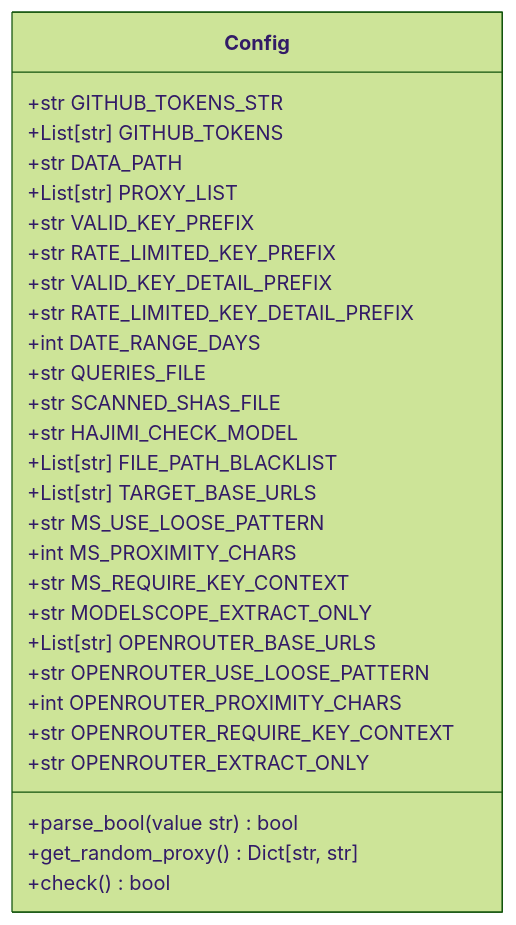
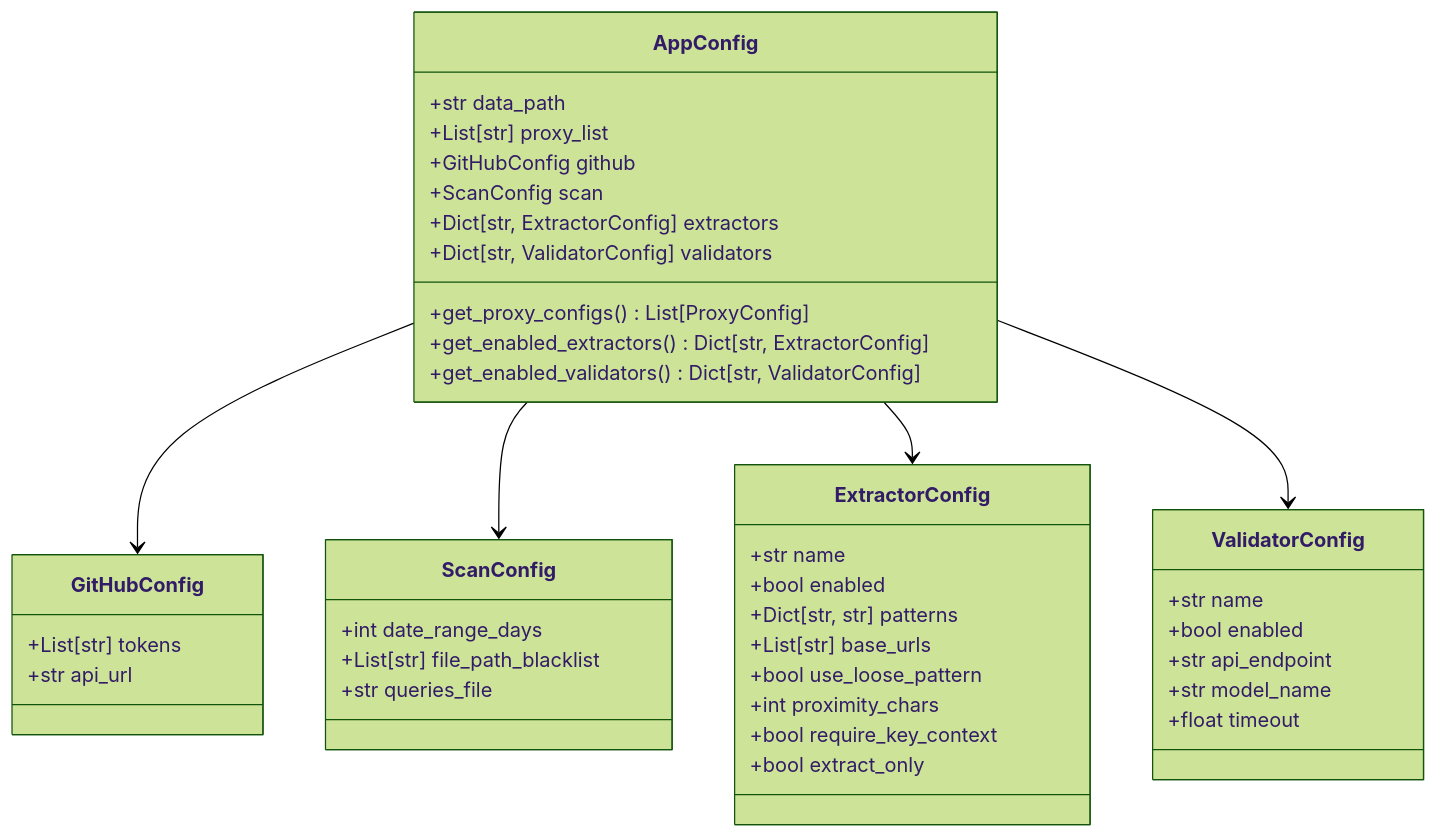
One commit to james-6-23/APIKEY-king changed the sixth of 12 diagrams in .qoder/repowiki/zh/content/开发者指南/开发者指南.md. Above: the diagram before and after it, drawn with Mermaid (forest theme). The commit also changed other lines of this file and 49 other files, not shown here.

````diff
--- a/.qoder/repowiki/zh/content/开发者指南/开发者指南.md
+++ b/.qoder/repowiki/zh/content/开发者指南/开发者指南.md
@@ -212,31 +265,44 @@
 ```mermaid
 classDiagram
-class Config {
-+str GITHUB_TOKENS_STR
-+List[str] GITHUB_TOKENS
-+str DATA_PATH
-+List[str] PROXY_LIST
-+str VALID_KEY_PREFIX
-+str RATE_LIMITED_KEY_PREFIX
-+str VALID_KEY_DETAIL_PREFIX
-+str RATE_LIMITED_KEY_DETAIL_PREFIX
-+int DATE_RANGE_DAYS
-+str QUERIES_FILE
-+str SCANNED_SHAS_FILE
-+str HAJIMI_CHECK_MODEL
-+List[str] FILE_PATH_BLACKLIST
-+List[str] TARGET_BASE_URLS
-+str MS_USE_LOOSE_PATTERN
-+int MS_PROXIMITY_CHARS
-+str MS_REQUIRE_KEY_CONTEXT
-+str MODELSCOPE_EXTRACT_ONLY
-+List[str] OPENROUTER_BASE_URLS
-+str OPENROUTER_USE_LOOSE_PATTERN
-+int OPENROUTER_PROXIMITY_CHARS
-+str OPENROUTER_REQUIRE_KEY_CONTEXT
-+str OPENROUTER_EXTRACT_ONLY
-+parse_bool(value str) bool
-+get_random_proxy() Dict[str, str]
-+check() bool
+class AppConfig {
++str data_path
++List[str] proxy_list
++GitHubConfig github
++ScanConfig scan
++Dict[str, ExtractorConfig] extractors
++Dict[str, ValidatorConfig] validators
++get_proxy_configs() List[ProxyConfig]
++get_enabled_extractors() Dict[str, ExtractorConfig]
++get_enabled_validators() Dict[str, ValidatorConfig]
 }
+class GitHubConfig {
++List[str] tokens
++str api_url
+}
+class ScanConfig {
++int date_range_days
++List[str] file_path_blacklist
++str queries_file
+}
+class ExtractorConfig {
++str name
++bool enabled
++Dict[str, str] patterns
++List[str] base_urls
++bool use_loose_pattern
++int proximity_chars
++bool require_key_context
++bool extract_only
+}
+class ValidatorConfig {
++str name
++bool enabled
++str api_endpoint
++str model_name
++float timeout
+}
+AppConfig --> GitHubConfig
+AppConfig --> ScanConfig
+AppConfig --> ExtractorConfig
+AppConfig --> ValidatorConfig
 ```
````
